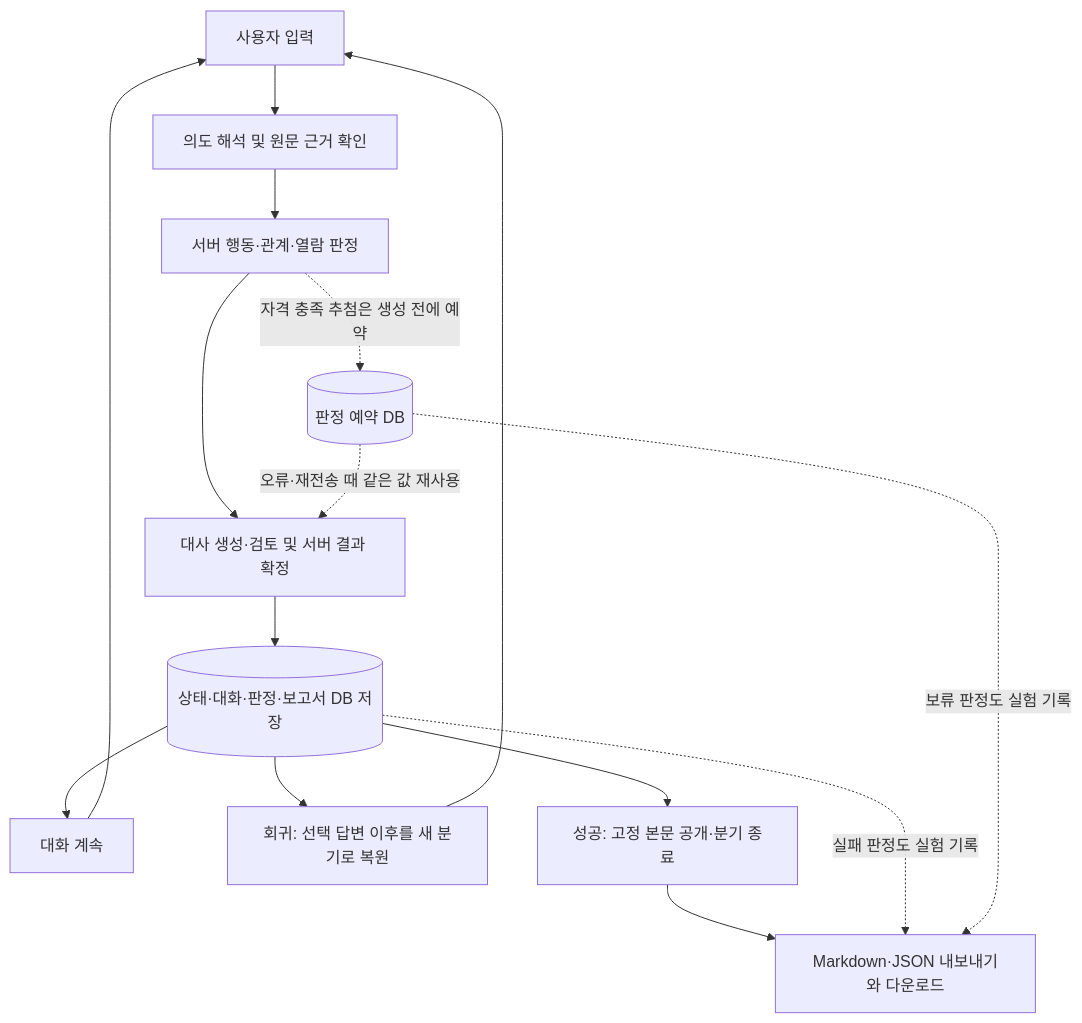
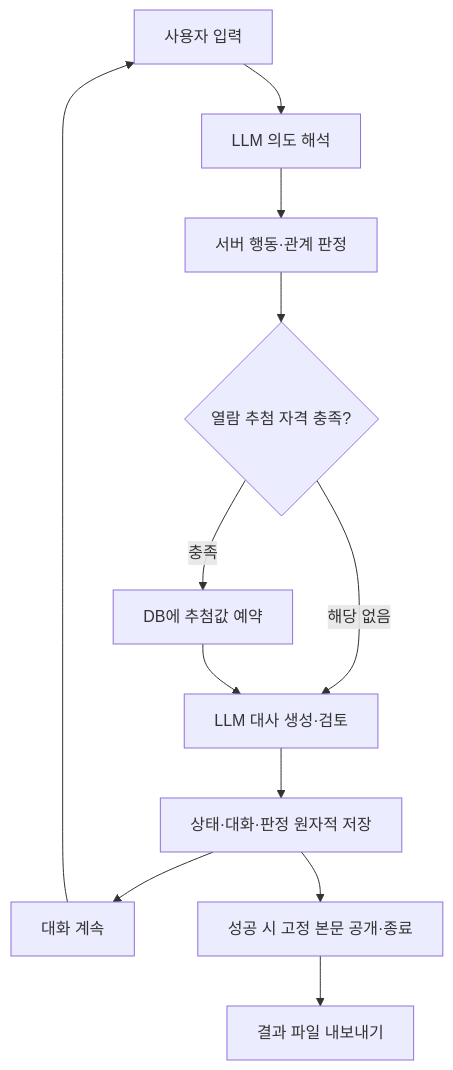
One commit to aslayon/AS_LAB changed the diagram in character-chat/docs/final-report.md. Above: the diagram before and after it, drawn with Mermaid. The commit also changed other lines of this file and 2 other files, not shown here.

First line of the commit message:
문서: 사용자 편집본 반영과 최종 보고서 PNG 복원

````diff
--- a/character-chat/docs/final-report.md
+++ b/character-chat/docs/final-report.md
@@ -20,17 +45,14 @@
 ```mermaid
 flowchart TD
-    U[사용자 입력] --> I[의도 해석 및 원문 근거 확인]
-    I --> S[서버 행동·관계·열람 판정]
-    S --> R[대사 생성·검토 및 서버 결과 확정]
-    R --> D[(상태·대화·판정·보고서 DB 저장)]
+    U[사용자 입력] --> I[LLM 의도 해석]
+    I --> S[서버 행동·관계 판정]
+    S --> Q{열람 추첨 자격 충족?}
+    Q -->|충족| A[DB에 추첨값 예약]
+    Q -->|해당 없음| G[LLM 대사 생성·검토]
+    A --> G
+    G --> D[상태·대화·판정 원자적 저장]
     D --> C[대화 계속]
     C --> U
-    D --> B[회귀: 선택 답변 이후를 새 분기로 복원]
-    B --> U
-    D --> E[성공: 고정 본문 공개·분기 종료]
-    E --> F[Markdown·JSON 내보내기와 다운로드]
-    S -. 자격 충족 추첨은 생성 전에 예약 .-> A[(판정 예약 DB)]
-    A -. 오류·재전송 때 같은 값 재사용 .-> R
-    D -. 실패 판정도 실험 기록 .-> F
-    A -. 보류 판정도 실험 기록 .-> F
+    D --> E[성공 시 고정 본문 공개·종료]
+    E --> F[결과 파일 내보내기]
 ```
````
